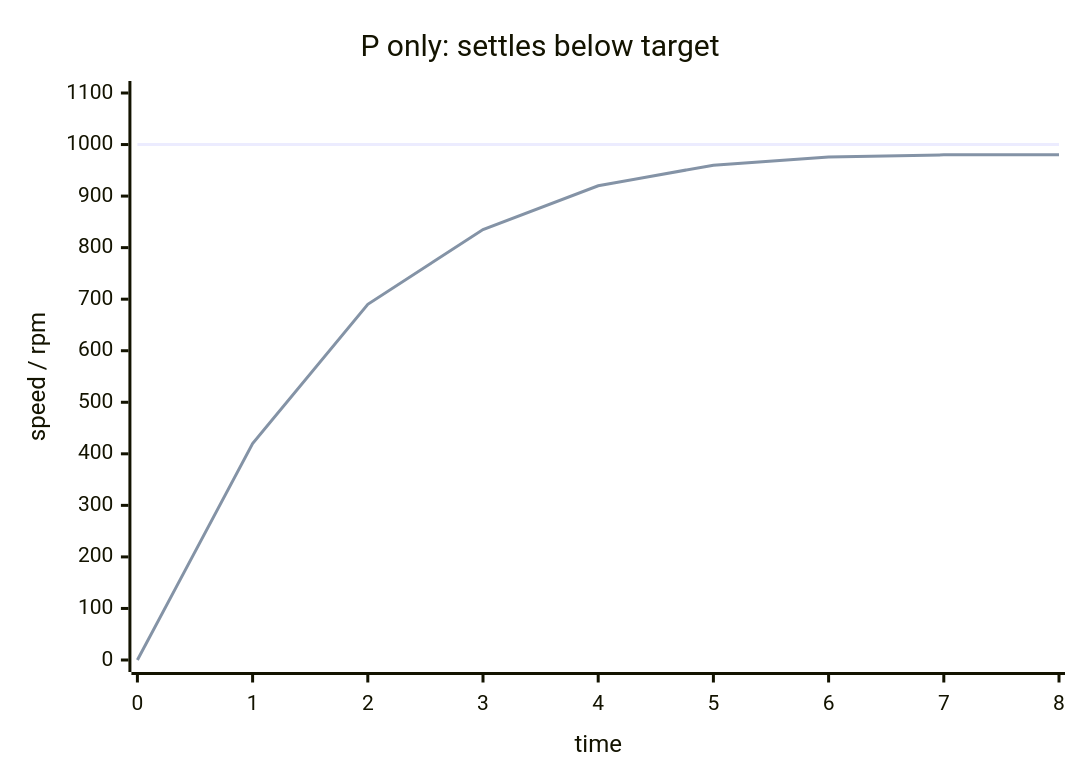
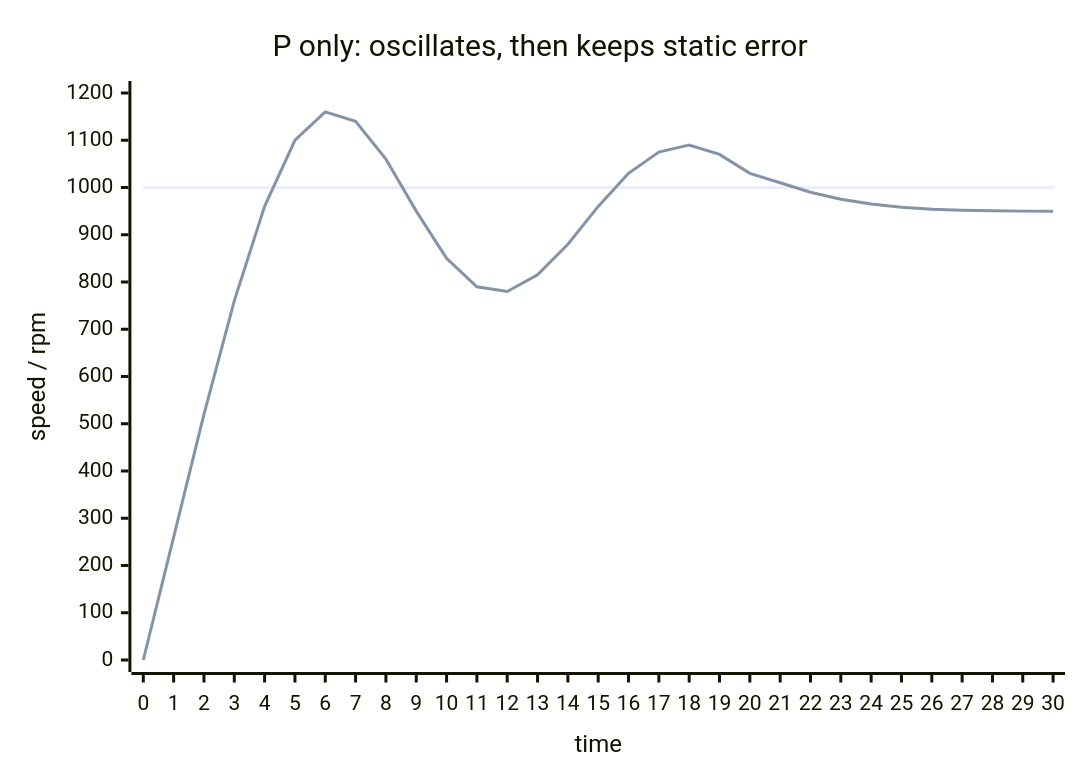
The fifth of 16 diagrams in decks/kinematics-pid/slides.md (inaku-Gyan/RM-EC-Tutorial-2026-Summer), drawn with Mermaid before and after one commit. The commit also changed other lines of this file, not shown here.

Commit message:
优化 PID 相关曲线图

````diff
--- a/decks/kinematics-pid/slides.md
+++ b/decks/kinematics-pid/slides.md
@@ -545,8 +535,8 @@
 ```mermaid
 xychart-beta
-  title "P only: settles below target"
-  x-axis "time" [0, 1, 2, 3, 4, 5, 6, 7, 8]
-  y-axis "speed / rpm" 0 --> 1100
-  line "target" [1000, 1000, 1000, 1000, 1000, 1000, 1000, 1000, 1000]
-  line "feedback" [0, 420, 690, 835, 920, 960, 976, 980, 980]
+  title "P only: oscillates, then keeps static error"
+  x-axis "time" [0, 1, 2, 3, 4, 5, 6, 7, 8, 9, 10, 11, 12, 13, 14, 15, 16, 17, 18, 19, 20, 21, 22, 23, 24, 25, 26, 27, 28, 29, 30]
+  y-axis "speed / rpm" 0 --> 1200
+  line "target" [1000, 1000, 1000, 1000, 1000, 1000, 1000, 1000, 1000, 1000, 1000, 1000, 1000, 1000, 1000, 1000, 1000, 1000, 1000, 1000, 1000, 1000, 1000, 1000, 1000, 1000, 1000, 1000, 1000, 1000, 1000]
+  line "feedback" [0, 260, 520, 760, 960, 1100, 1160, 1140, 1060, 950, 850, 790, 780, 815, 880, 960, 1030, 1075, 1090, 1070, 1030, 1010, 990, 975, 965, 958, 954, 952, 951, 950, 950]
 ```
````
